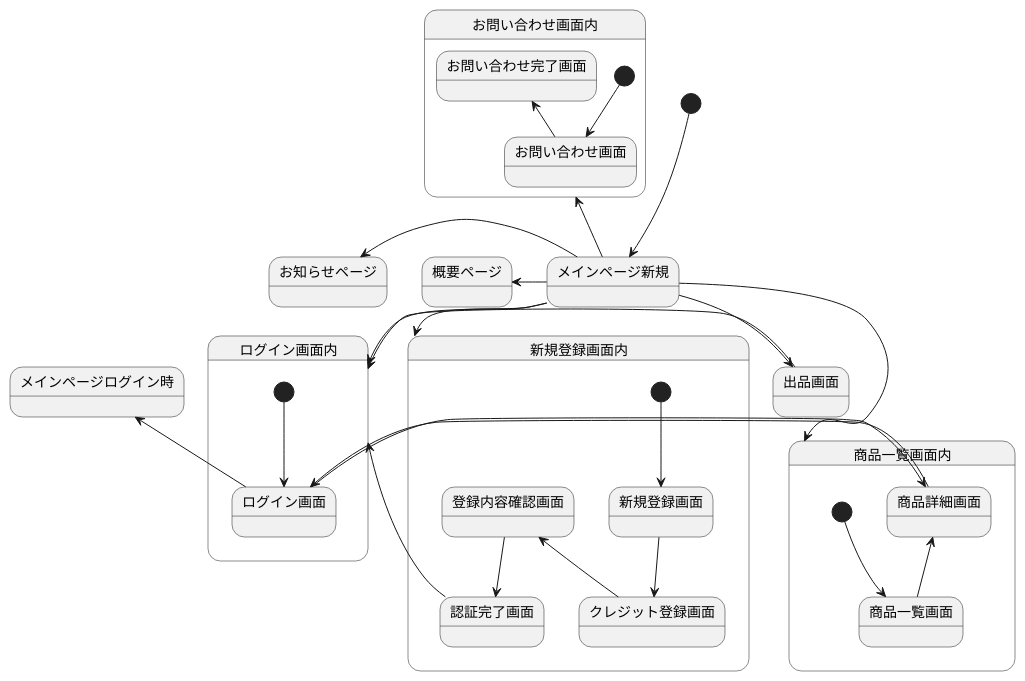
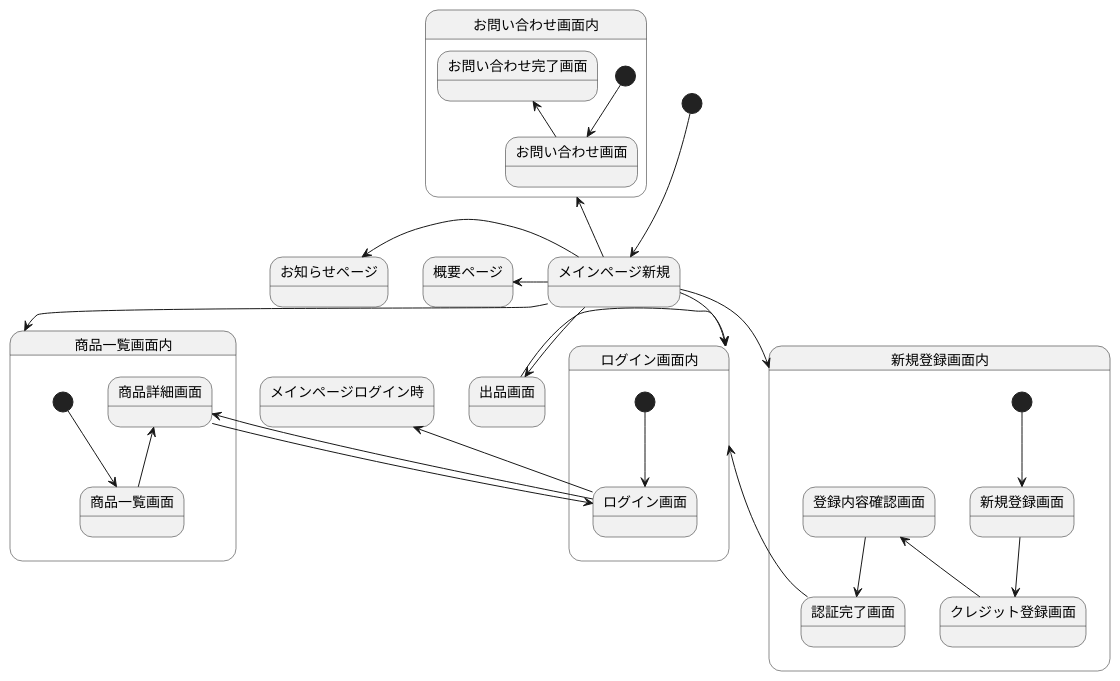
The diagram in 画面遷移図.md (Aso2001147/2021SystemDesign), drawn with PlantUML before and after one commit.

````diff
--- a/画面遷移図.md
+++ b/画面遷移図.md
@@ -1,42 +1,42 @@
 ```uml
 @startuml
 [*] --> メインページ新規
 メインページ新規 -left-> 概要ページ
 メインページ新規 -up-> お問い合わせ画面内
 メインページ新規 -left-> お知らせページ
 メインページ新規 --> ログイン画面内
 メインページ新規 --> 商品一覧画面内
 メインページ新規 --> 新規登録画面内
 メインページ新規 -> 出品画面
 出品画面 -> ログイン画面内
 
 state 新規登録画面内{
 [*] --> 新規登録画面
 新規登録画面 -down-> クレジット登録画面
 クレジット登録画面 -up-> 登録内容確認画面
 登録内容確認画面 -down-> 認証完了画面
 認証完了画面 -up-> ログイン画面内
 }
 
 state ログイン画面内{
 [*] -down-> ログイン画面
 }
 
 ログイン画面 -up-> メインページログイン時
 
 state お問い合わせ画面内{
 [*] -down-> お問い合わせ画面
 お問い合わせ画面 -up-> お問い合わせ完了画面
 }
 
 state 商品一覧画面内{
 [*] -down-> 商品一覧画面
 商品一覧画面 -up-> 商品詳細画面
 }
 
 商品詳細画面 -> ログイン画面
-ログイン画面 -left-> 商品詳細画面
+ログイン画面 -up-> 商品詳細画面
 
 
 @enduml
 ```
````
